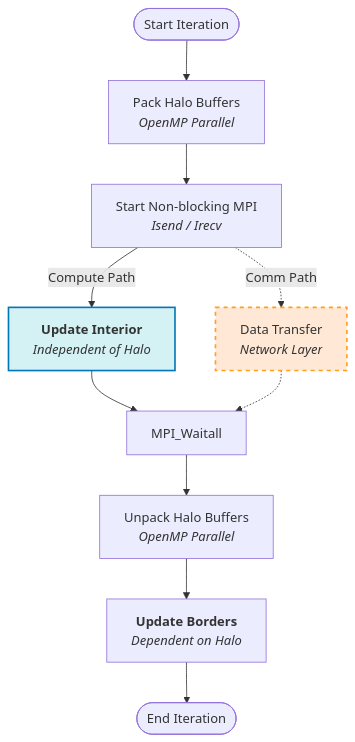
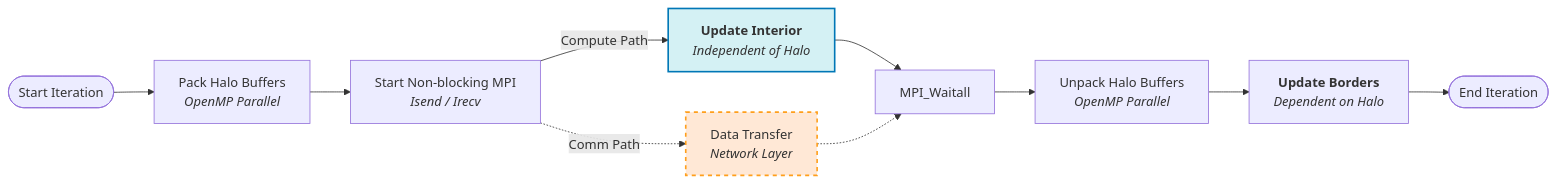
One commit to egesia1/5-points-stencil changed the second of 3 diagrams in REPORT.md. Above: the diagram before and after it, drawn with Mermaid. The commit also changed other lines of this file and 36 other files, not shown here.

````diff
--- a/REPORT.md
+++ b/REPORT.md
@@ -213,19 +214,19 @@
 ```mermaid
-flowchart TD
+flowchart LR
     Start([Start Iteration]) --> Pack[Pack Halo Buffers<br/><i>OpenMP Parallel</i>]
     Pack --> Isend[Start Non-blocking MPI<br/><i>Isend / Irecv</i>]
     
     Isend -->|Compute Path| Interior[<b>Update Interior</b><br/><i>Independent of Halo</i>]
     Isend -.->|Comm Path| Transfer[Data Transfer<br/><i>Network Layer</i>]
     
     Interior --> Wait[MPI_Waitall]
     Transfer -.-> Wait
     
     Wait --> Unpack[Unpack Halo Buffers<br/><i>OpenMP Parallel</i>]
     Unpack --> Borders[<b>Update Borders</b><br/><i>Dependent on Halo</i>]
     
     Borders --> End([End Iteration])
     
     style Interior fill:#d4f1f4,stroke:#0077b6,stroke-width:2px
     style Transfer fill:#ffe8d6,stroke:#ff9f1c,stroke-width:2px,stroke-dasharray: 5 5
 ```
````
